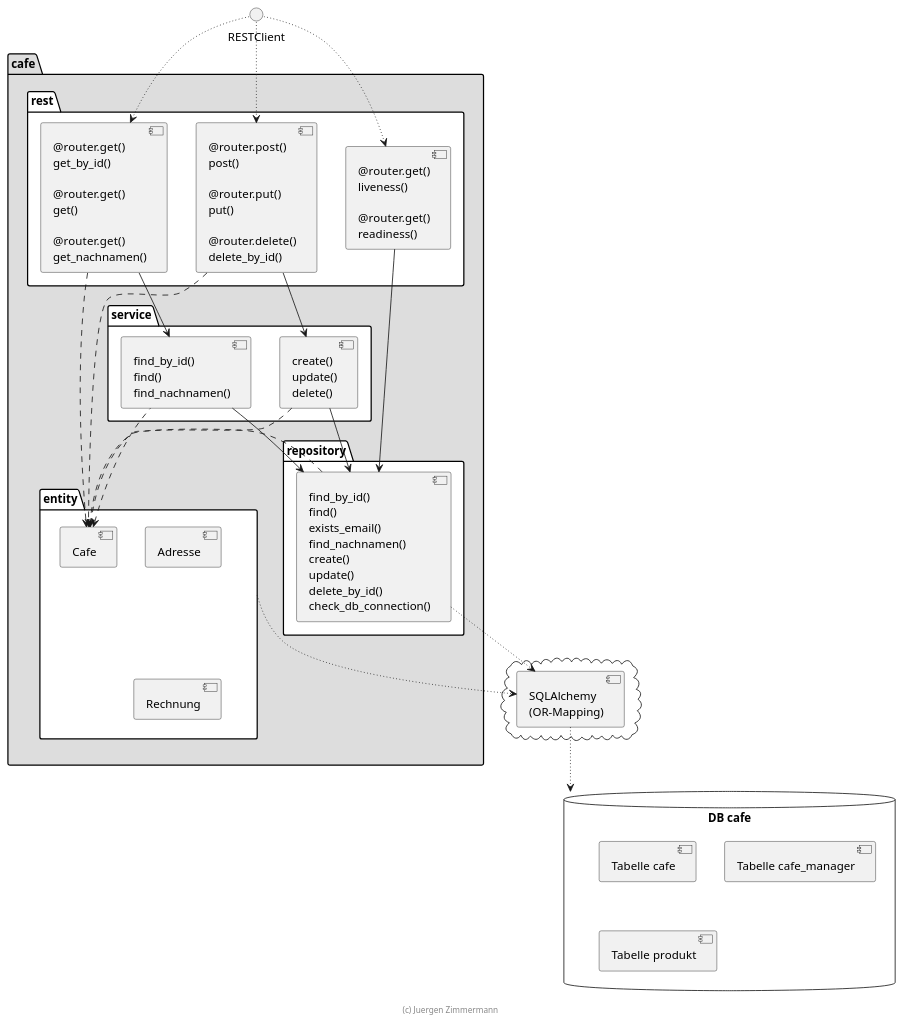
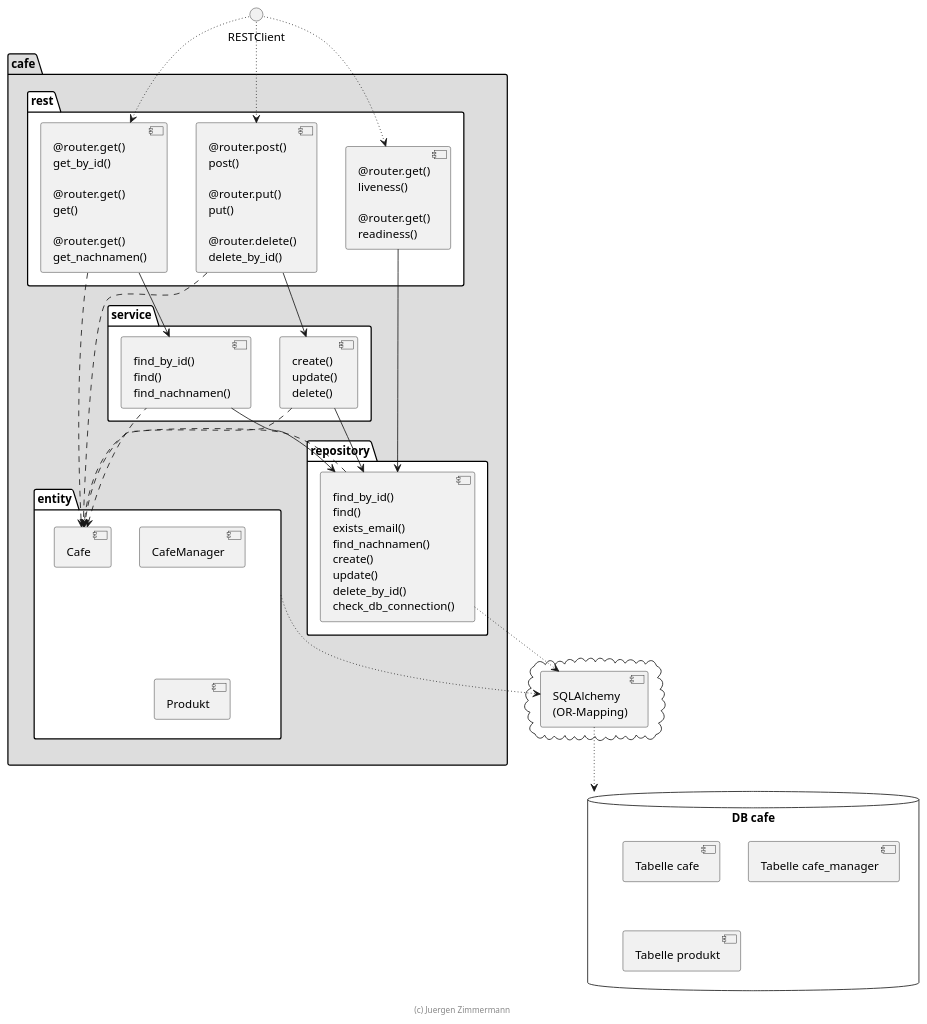
One commit to Asmali40/cafe-gruppe-3 changed the diagram in docs/diagramme/src/schichtenarchitektur.plantuml. Above: the diagram before and after it, drawn with PlantUML. The commit also changed 18 other files, not shown here.

```diff
--- a/docs/diagramme/src/schichtenarchitektur.plantuml
+++ b/docs/diagramme/src/schichtenarchitektur.plantuml
@@ -18,65 +18,65 @@
 @startuml Schichtenarchitektur
 
 package cafe #DDDDDD {
     package rest #FFFFFF {
         [@router.get()\nget_by_id()\n\n@router.get()\nget()\n\n@router.get()\nget_nachnamen()] as CafeGetController
         [@router.post()\npost()\n\n@router.put()\nput()\n\n@router.delete()\ndelete_by_id()] as CafeWriteController
         [@router.get()\nliveness()\n\n@router.get()\nreadiness()] as HealthController
 
         [CafeGetController] -right[hidden]-> [CafeWriteController]
     }
 
     package service #FFFFFF {
         [find_by_id()\nfind()\nfind_nachnamen()] as CafeReadService
         [create()\nupdate()\ndelete()] as CafeWriteService
     }
 
     [CafeGetController] --> [CafeReadService]
     [CafeWriteController] --> [CafeWriteService]
 
     package repository #FFFFFF {
         [find_by_id()\nfind()\nexists_email()\nfind_nachnamen()\ncreate()\nupdate()\ndelete_by_id()\ncheck_db_connection()] as CafeRepository
     }
 
     [CafeReadService] --> [CafeRepository]
     [CafeWriteService] --> [CafeRepository]
     [HealthController] --> [CafeRepository]
 
     package entity #FFFFFF {
         [Cafe]
-        [Adresse]
-        [Rechnung]
+        [CafeManager]
+        [Produkt]
 
-        [Cafe] -right[hidden]-> [Adresse]
-        [Adresse] -down[hidden]-> [Rechnung]
+        [Cafe] -right[hidden]-> [CafeManager]
+        [CafeManager] -down[hidden]-> [Produkt]
     }
 
     [CafeGetController] ..> [Cafe]
     [CafeWriteController] ..> [Cafe]
     [CafeReadService] .left.> [Cafe]
     [CafeWriteService] ..> [Cafe]
     [CafeRepository] ..> [Cafe]
 }
 
 RESTClient ~~> [CafeGetController]
 RESTClient ~~> [CafeWriteController]
 RESTClient ~~> [HealthController]
 
 cloud {
     [SQLAlchemy\n(OR-Mapping)] as SQLAlchemy
 }
 
 [CafeRepository] ~down~> [SQLAlchemy]
 entity ~~> [SQLAlchemy]
 
 database "DB cafe" as db {
     [Tabelle cafe]
     [Tabelle cafe_manager]
     [Tabelle produkt]
 }
 
 [SQLAlchemy] ~down~> db
 
 footer (c) Juergen Zimmermann
 
 @enduml
```
